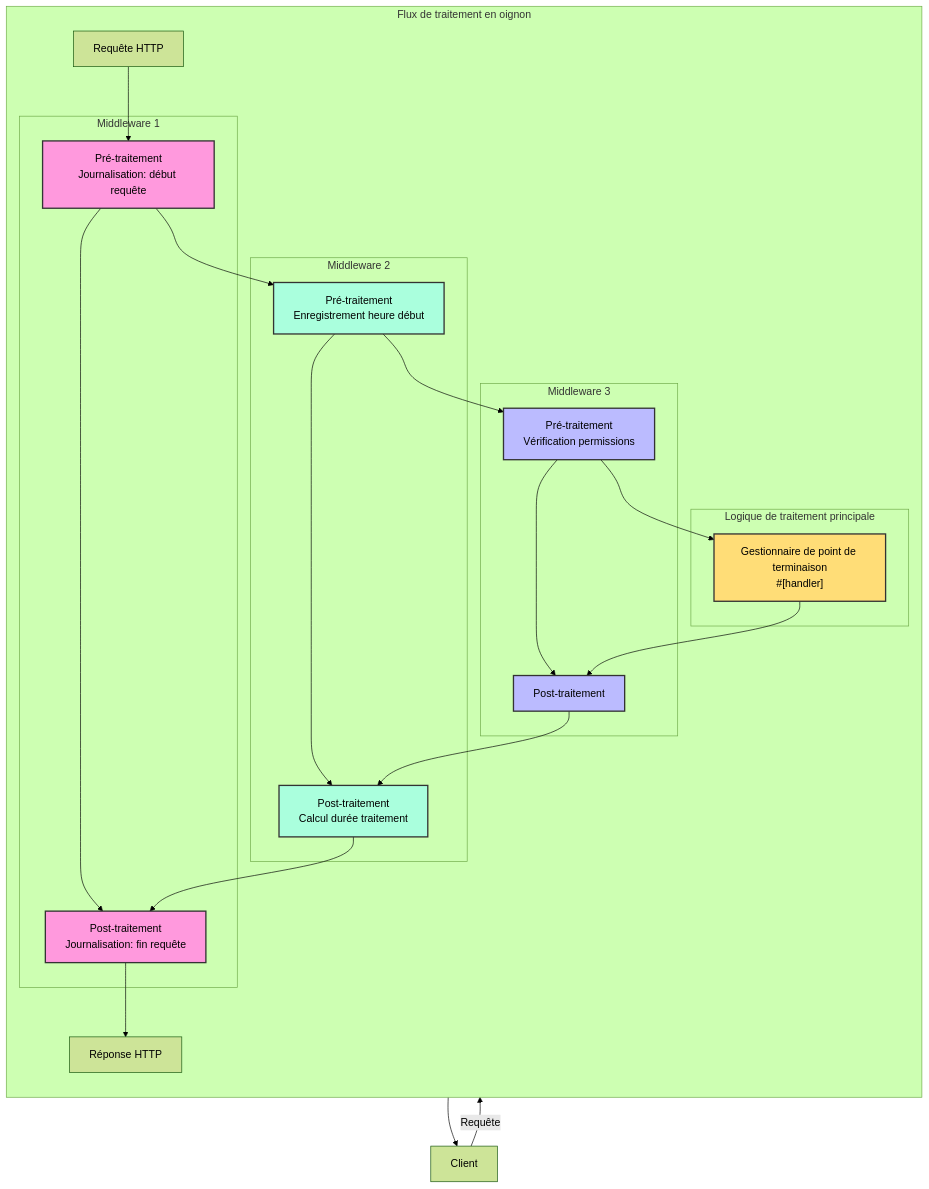
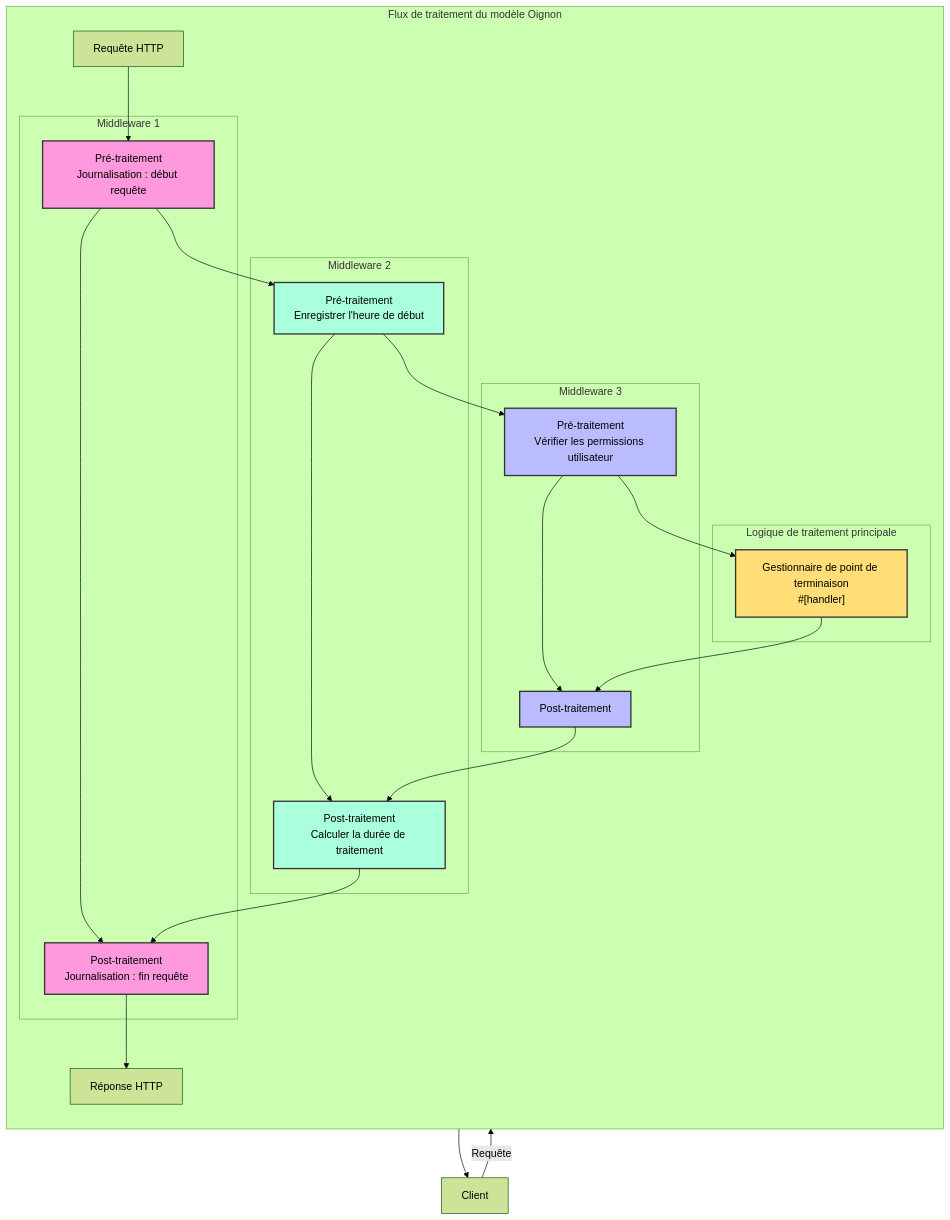
One commit to salvo-rs/website changed the second of 2 diagrams in docs/fr/guide/concepts/handler.mdx. Above: the diagram before and after it, drawn with Mermaid (forest theme). The commit also changed other lines of this file and 1062 other files, not shown here.

````diff
--- a/docs/fr/guide/concepts/handler.mdx
+++ b/docs/fr/guide/concepts/handler.mdx
@@ -60,45 +59,45 @@
 ```mermaid
 flowchart TB
     Client[Client] -->|Requête| Request[Requête HTTP]
 
-    subgraph "Flux de traitement en oignon"
+    subgraph "Flux de traitement du modèle Oignon"
         direction TB
 
         subgraph M1["Middleware 1"]
-            M1A["Pré-traitement<br>Journalisation: début requête"] --> M1B["Post-traitement<br>Journalisation: fin requête"]
+            M1A["Pré-traitement<br>Journalisation : début requête"] --> M1B["Post-traitement<br>Journalisation : fin requête"]
         end
 
         subgraph M2["Middleware 2"]
-            M2A["Pré-traitement<br>Enregistrement heure début"] --> M2B["Post-traitement<br>Calcul durée traitement"]
+            M2A["Pré-traitement<br>Enregistrer l'heure de début"] --> M2B["Post-traitement<br>Calculer la durée de traitement"]
         end
 
         subgraph M3["Middleware 3"]
-            M3A["Pré-traitement<br>Vérification permissions"] --> M3B["Post-traitement<br>"]
+            M3A["Pré-traitement<br>Vérifier les permissions utilisateur"] --> M3B["Post-traitement<br>"]
         end
 
         subgraph Core["Logique de traitement principale"]
             Handler["Gestionnaire de point de terminaison<br>#[handler]"]
         end
 
         Request --> M1A
         M1A --> M2A
         M2A --> M3A
         M3A --> Handler
         Handler --> M3B
         M3B --> M2B
         M2B --> M1B
         M1B --> Response
     end
 
     Response[Réponse HTTP] --> Client
 
     classDef middleware1 fill:#f9d,stroke:#333,stroke-width:2px;
     classDef middleware2 fill:#afd,stroke:#333,stroke-width:2px;
     classDef middleware3 fill:#bbf,stroke:#333,stroke-width:2px;
     classDef core fill:#fd7,stroke:#333,stroke-width:2px;
 
     class M1A,M1B middleware1;
     class M2A,M2B middleware2;
     class M3A,M3B middleware3;
     class Handler core;
 ```
````
